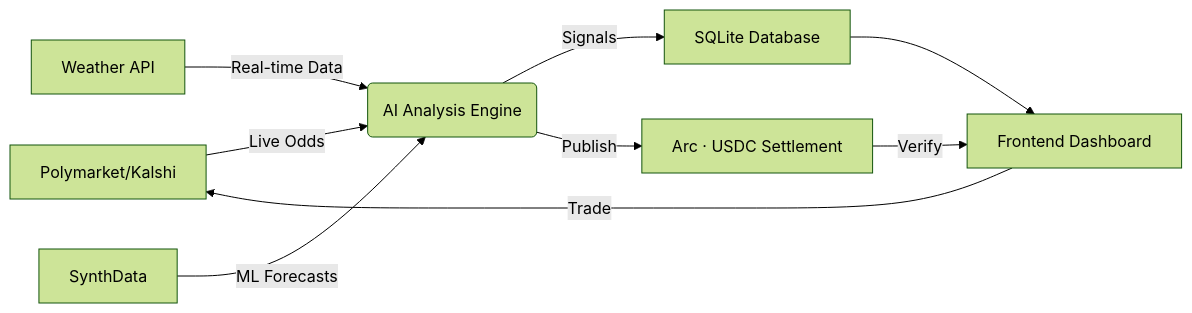
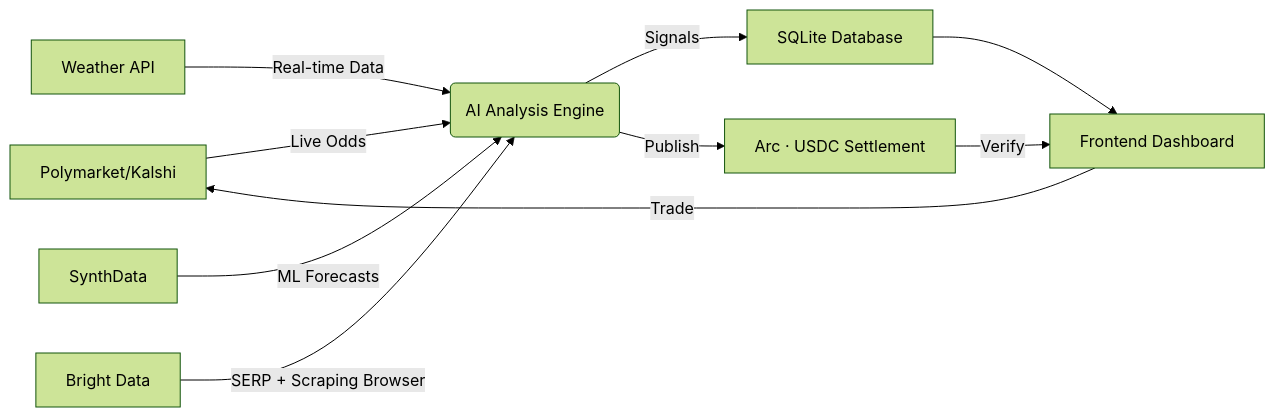
Before and after one commit to thisyearnofear/fourcast: the diagram in README.md, drawn with Mermaid (forest theme). The commit also changed other lines of this file and 2 other files, not shown here.

First line of the commit message:
feat: add demo mode, update README for Bright Data hackathon

````diff
--- a/README.md
+++ b/README.md
@@ -43,11 +46,12 @@
 ```mermaid
 graph LR
     A[Polymarket/Kalshi] -->|Live Odds| B(AI Analysis Engine)
     C[Weather API] -->|Real-time Data| B
     D[SynthData] -->|ML Forecasts| B
-    B -->|Signals| E[SQLite Database]
-    B -->|Publish| F[Arc · USDC Settlement]
-    E --> G[Frontend Dashboard]
-    F -->|Verify| G
-    G -->|Trade| A
+    E[Bright Data] -->|SERP + Scraping Browser| B
+    B -->|Signals| F[SQLite Database]
+    B -->|Publish| G[Arc · USDC Settlement]
+    F --> H[Frontend Dashboard]
+    G -->|Verify| H
+    H -->|Trade| A
 ```
````
